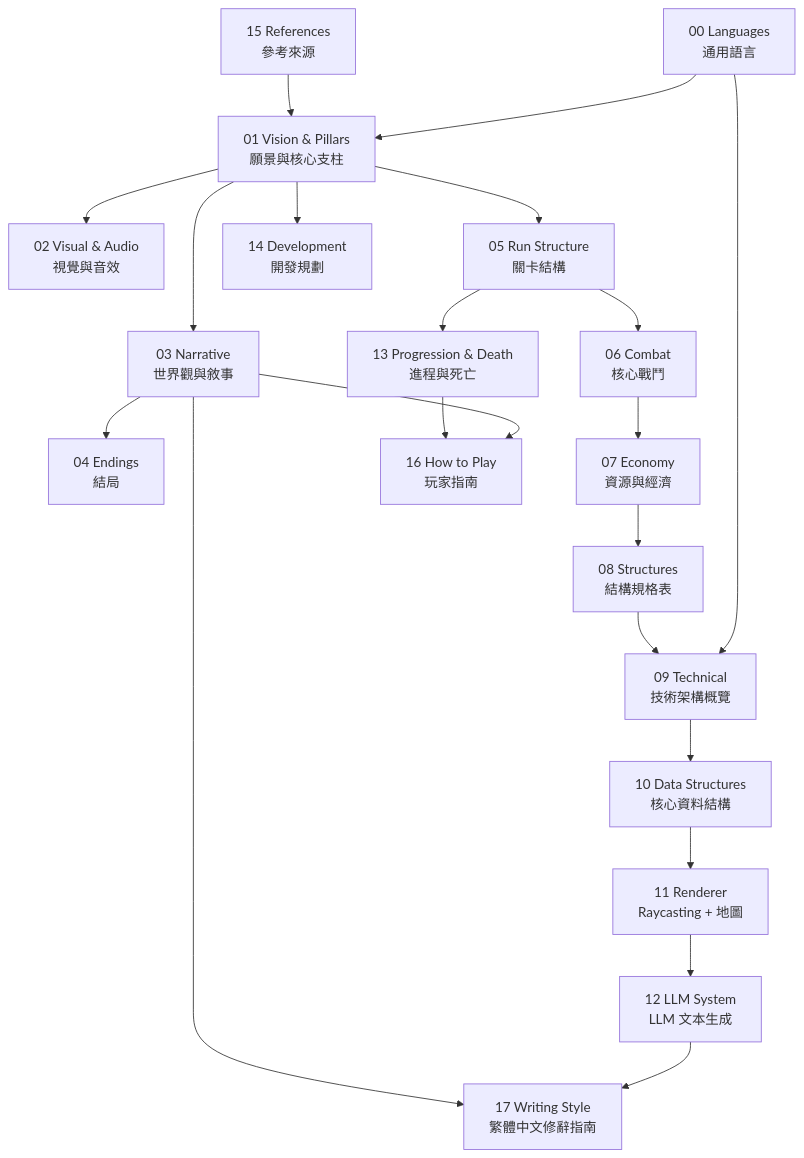
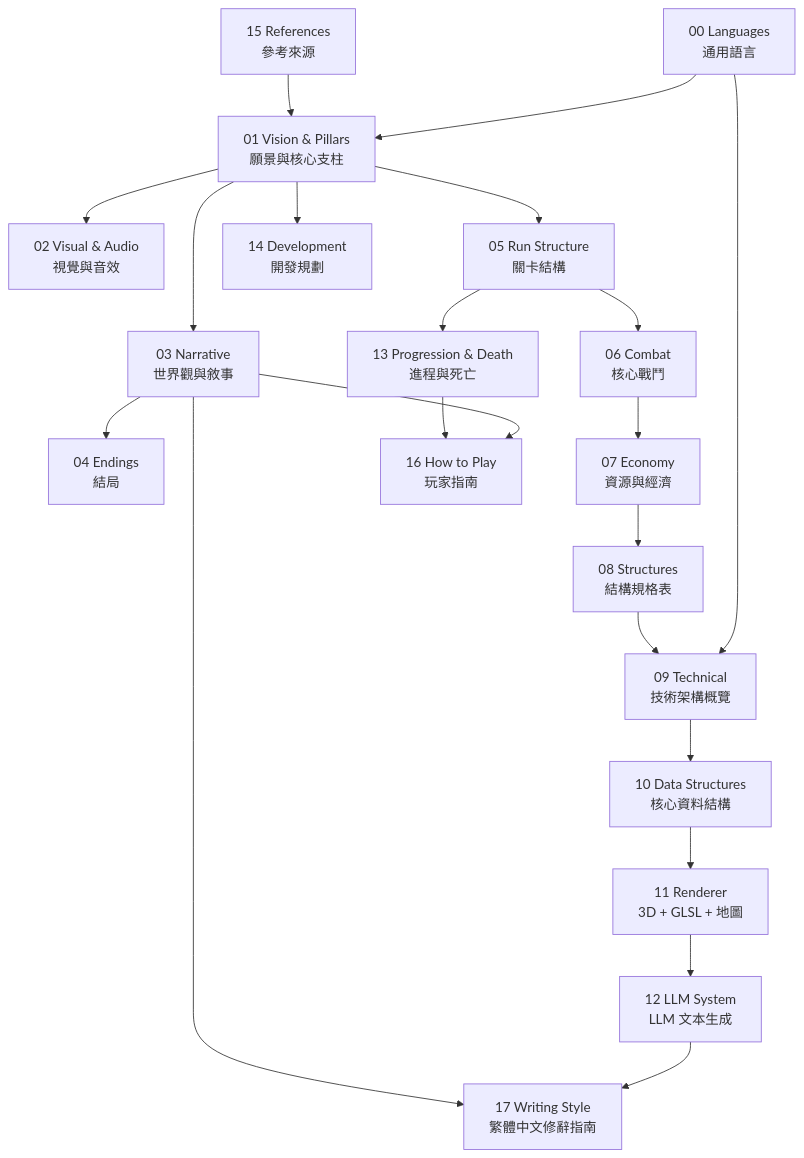
Before and after one commit to iceice666/Cendres: the diagram in gdd/index.md, drawn with Mermaid. The commit also changed 6 other files, not shown here.

````diff
--- a/gdd/index.md
+++ b/gdd/index.md
@@ -19,42 +19,42 @@
 ```mermaid
 graph TD
     L[00 Languages\n通用語言]
     V[01 Vision & Pillars\n願景與核心支柱]
     N[03 Narrative\n世界觀與敘事]
     VA[02 Visual & Audio\n視覺與音效]
     E[04 Endings\n結局]
     RS[05 Run Structure\n關卡結構]
     C[06 Combat\n核心戰鬥]
     EC[07 Economy\n資源與經濟]
     ST[08 Structures\n結構規格表]
     T[09 Technical\n技術架構概覽]
     DS[10 Data Structures\n核心資料結構]
-    RD[11 Renderer\nRaycasting + 地圖]
+    RD[11 Renderer\n3D + GLSL + 地圖]
     LLM[12 LLM System\nLLM 文本生成]
     WS[17 Writing Style\n繁體中文修辭指南]
     PD[13 Progression & Death\n進程與死亡]
     DEV[14 Development\n開發規劃]
     REF[15 References\n參考來源]
     HTP[16 How to Play\n玩家指南]
 
     L --> V
     L --> T
     V --> VA
     V --> N
     V --> RS
     N --> E
     N --> HTP
     RS --> C
     C --> EC
     EC --> ST
     ST --> T
     T --> DS
     DS --> RD
     RD --> LLM
     LLM --> WS
     N --> WS
     RS --> PD
     PD --> HTP
     V --> DEV
     REF --> V
 ```
````
